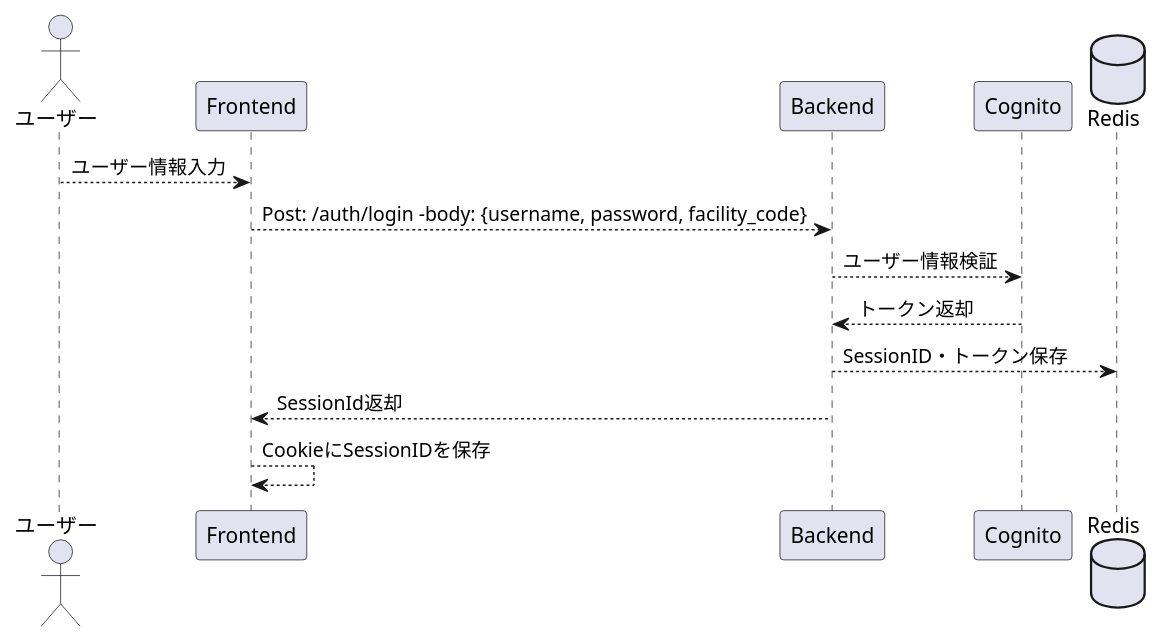
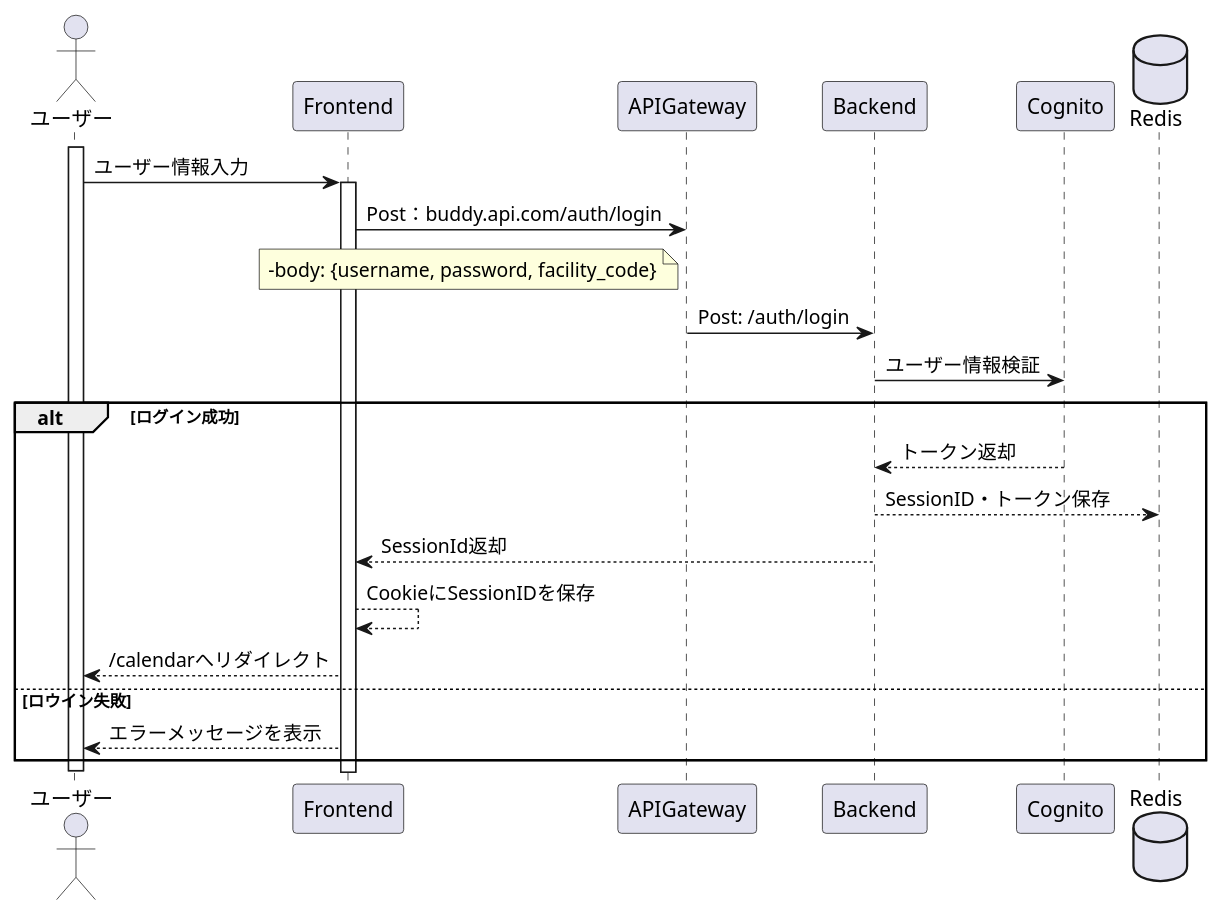
Before and after one commit to Fukuemon/buddy_design_docs: the diagram in src/diagrams/Sequence/Auth/Login.puml, drawn with PlantUML. The commit also changed 4 other files, not shown here.

```diff
--- a/src/diagrams/Sequence/Auth/Login.puml
+++ b/src/diagrams/Sequence/Auth/Login.puml
@@ -1,17 +1,29 @@
 @startuml Login
 Actor ユーザー
 Participant Frontend as Front
+Participant APIGateway as Gateway
 Participant Backend as Back
 Participant Cognito
 Database Redis
 
-ユーザー --> Front: ユーザー情報入力
-Front --> Back: Post: /auth/login -body: {username, password, facility_code}
-Back --> Cognito: ユーザー情報検証
-Cognito --> Back: トークン返却
-Back --> Redis: SessionID・トークン保存
-Back --> Front: SessionId返却
-Front --> Front: CookieにSessionIDを保存
+activate ユーザー
+ユーザー -> Front: ユーザー情報入力
+activate Front
+Front -> Gateway: Post：buddy.api.com/auth/login
+note left of Gateway:  -body: {username, password, facility_code}
+Gateway -> Back: Post: /auth/login
+Back -> Cognito: ユーザー情報検証
+alt ログイン成功
+  Cognito --> Back: トークン返却
+  Back --> Redis: SessionID・トークン保存
+  Back --> Front: SessionId返却
+  Front --> Front: CookieにSessionIDを保存
+  Front --> ユーザー: /calendarへリダイレクト
+else ロウイン失敗
+  Front --> ユーザー: エラーメッセージを表示
+end
+
+deactivate ユーザー
 
 
 @enduml
```
